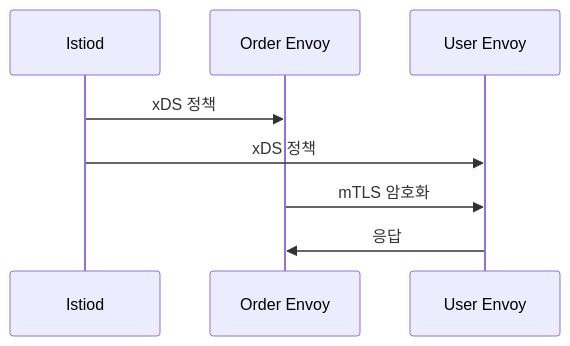
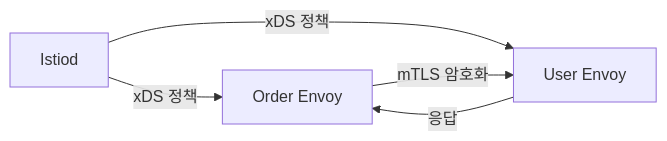
Before and after one commit to yjkim2015/yjkim2015.github.io: the sixth of 8 diagrams in _posts/architecture/2026-05-02-sidecar-pattern.md, drawn with Mermaid. The commit also changed other lines of this file and 84 other files, not shown here.

First line of the commit message:
85개 포스트 Mermaid 다이어그램 규칙 일괄 수정

````diff
--- a/_posts/architecture/2026-05-02-sidecar-pattern.md
+++ b/_posts/architecture/2026-05-02-sidecar-pattern.md
@@ -510,10 +509,7 @@
 ```mermaid
-sequenceDiagram
-    participant CP as Istiod
-    participant OE as Order Envoy
-    participant UE as User Envoy
-    CP->>OE: xDS 정책
-    CP->>UE: xDS 정책
-    OE->>UE: mTLS 암호화
-    UE->>OE: 응답
+graph LR
+    CP["Istiod"] -->|"xDS 정책"| OE["Order Envoy"]
+    CP -->|"xDS 정책"| UE["User Envoy"]
+    OE -->|"mTLS 암호화"| UE
+    UE -->|"응답"| OE
 ```
````
